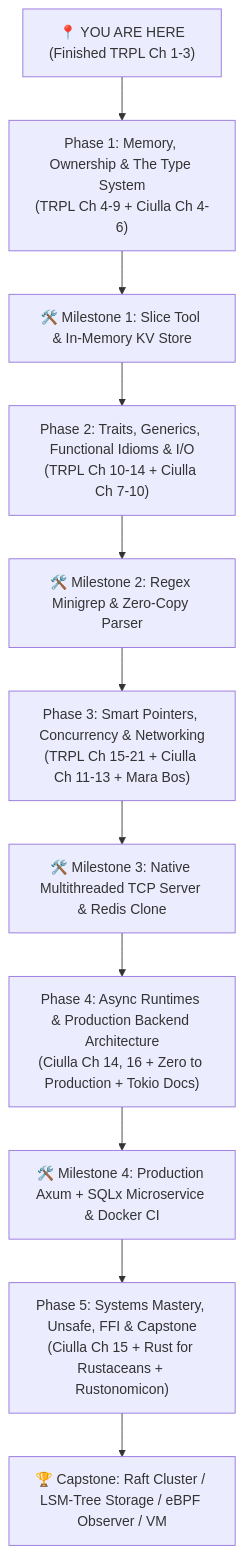
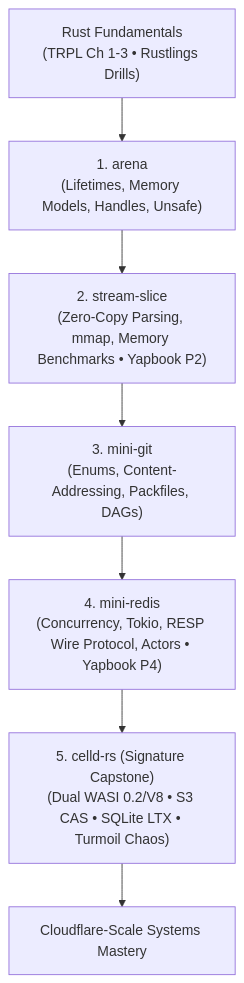
One commit to PriyanshuSingh9/rust changed the diagram in notes/roadmap/roadmap.md. Above: the diagram before and after it, drawn with Mermaid. The commit also changed other lines of this file and 29 other files, not shown here.

Commit message:
Document TRPL Chapter 4 ownership, references, slices, and hardware memory safety

````diff
--- a/notes/roadmap/roadmap.md
+++ b/notes/roadmap/roadmap.md
@@ -48,13 +36,9 @@
 ```mermaid
 flowchart TD
-    Current["📍 YOU ARE HERE<br/>(Finished TRPL Ch 1-3)"] --> Phase1["Phase 1: Memory, Ownership & The Type System<br/>(TRPL Ch 4-9 + Ciulla Ch 4-6)"]
-    Phase1 --> Proj1["🛠️ Milestone 1: Slice Tool & In-Memory KV Store"]
-    Proj1 --> Phase2["Phase 2: Traits, Generics, Functional Idioms & I/O<br/>(TRPL Ch 10-14 + Ciulla Ch 7-10)"]
-    Phase2 --> Proj2["🛠️ Milestone 2: Regex Minigrep & Zero-Copy Parser"]
-    Proj2 --> Phase3["Phase 3: Smart Pointers, Concurrency & Networking<br/>(TRPL Ch 15-21 + Ciulla Ch 11-13 + Mara Bos)"]
-    Phase3 --> Proj3["🛠️ Milestone 3: Native Multithreaded TCP Server & Redis Clone"]
-    Proj3 --> Phase4["Phase 4: Async Runtimes & Production Backend Architecture<br/>(Ciulla Ch 14, 16 + Zero to Production + Tokio Docs)"]
-    Phase4 --> Proj4["🛠️ Milestone 4: Production Axum + SQLx Microservice & Docker CI"]
-    Proj4 --> Phase5["Phase 5: Systems Mastery, Unsafe, FFI & Capstone<br/>(Ciulla Ch 15 + Rust for Rustaceans + Rustonomicon)"]
-    Phase5 --> Capstone["🏆 Capstone: Raft Cluster / LSM-Tree Storage / eBPF Observer / VM"]
+    Start["Rust Fundamentals<br/>(TRPL Ch 1-3 &bull; Rustlings Drills)"] --> P1["1. arena<br/>(Lifetimes, Memory Models, Handles, Unsafe)"]
+    P1 --> P2["2. stream-slice<br/>(Zero-Copy Parsing, mmap, Memory Benchmarks &bull; Yapbook P2)"]
+    P2 --> P3["3. mini-git<br/>(Enums, Content-Addressing, Packfiles, DAGs)"]
+    P3 --> P4["4. mini-redis<br/>(Concurrency, Tokio, RESP Wire Protocol, Actors &bull; Yapbook P4)"]
+    P4 --> P5["5. celld-rs (Signature Capstone)<br/>(Dual WASI 0.2/V8 &bull; S3 CAS &bull; SQLite LTX &bull; Turmoil Chaos)"]
+    P5 --> Mastery["Cloudflare-Scale Systems Mastery"]
 ```
````
